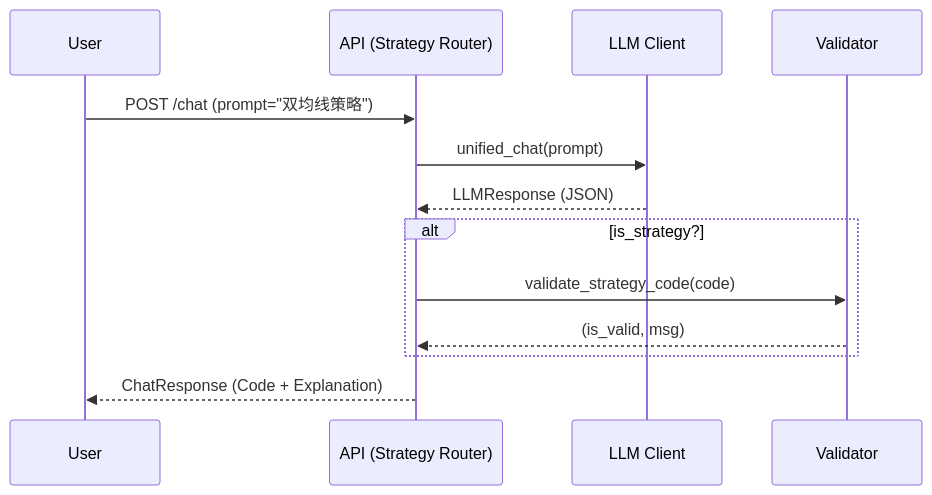
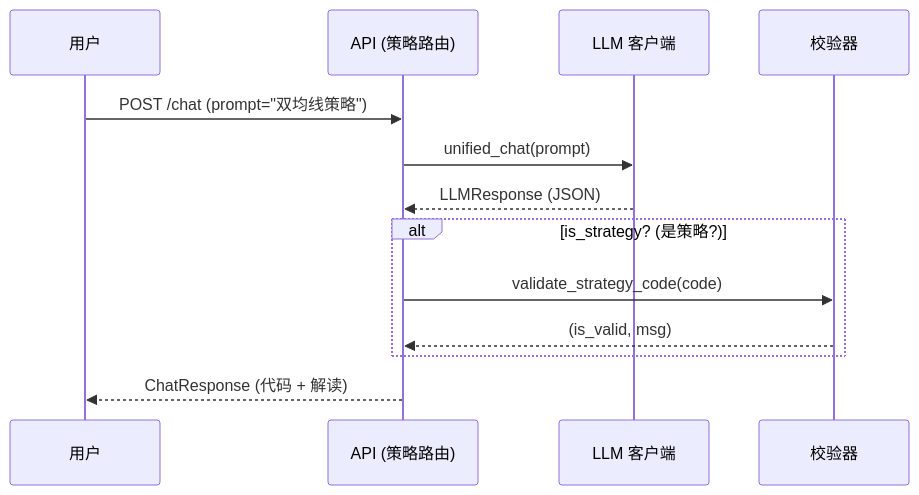
The second of 3 diagrams in docs/ARCHITECTURE_DIAGRAM.md (ivecoGolden/PyQuantAlpha), drawn with Mermaid before and after one commit. The commit also changed other lines of this file, not shown here.

Commit message:
docs: update architecture diagram

````diff
--- a/docs/ARCHITECTURE_DIAGRAM.md
+++ b/docs/ARCHITECTURE_DIAGRAM.md
@@ -87,18 +87,18 @@
 ```mermaid
 sequenceDiagram
-    participant User
-    participant API as API (Strategy Router)
-    participant LLM as LLM Client
-    participant Val as Validator
+    participant User as 用户
+    participant API as API (策略路由)
+    participant LLM as LLM 客户端
+    participant Val as 校验器
 
     User->>API: POST /chat (prompt="双均线策略")
     API->>LLM: unified_chat(prompt)
     LLM-->>API: LLMResponse (JSON)
     
-    alt is_strategy?
+    alt is_strategy? (是策略?)
         API->>Val: validate_strategy_code(code)
         Val-->>API: (is_valid, msg)
     end
 
-    API-->>User: ChatResponse (Code + Explanation)
+    API-->>User: ChatResponse (代码 + 解读)
 ```
````
